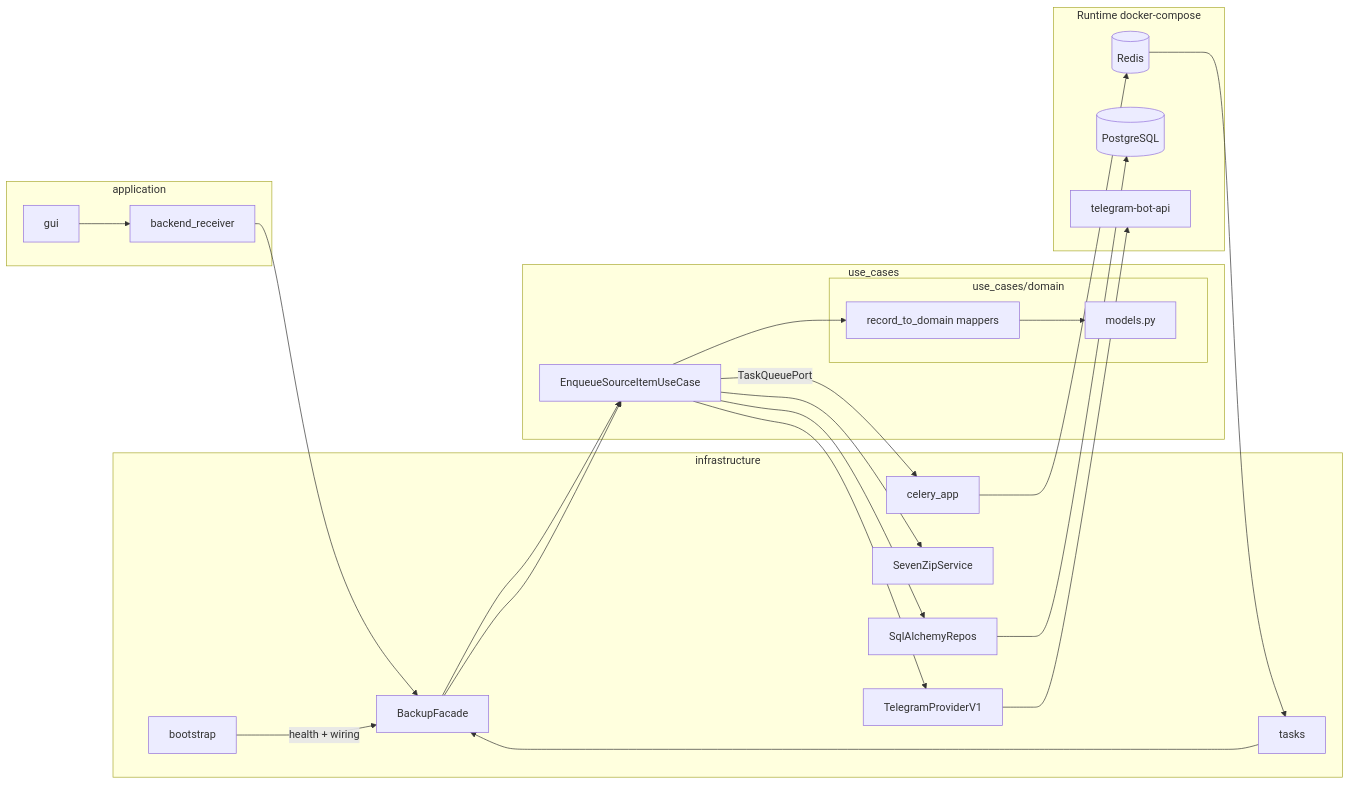
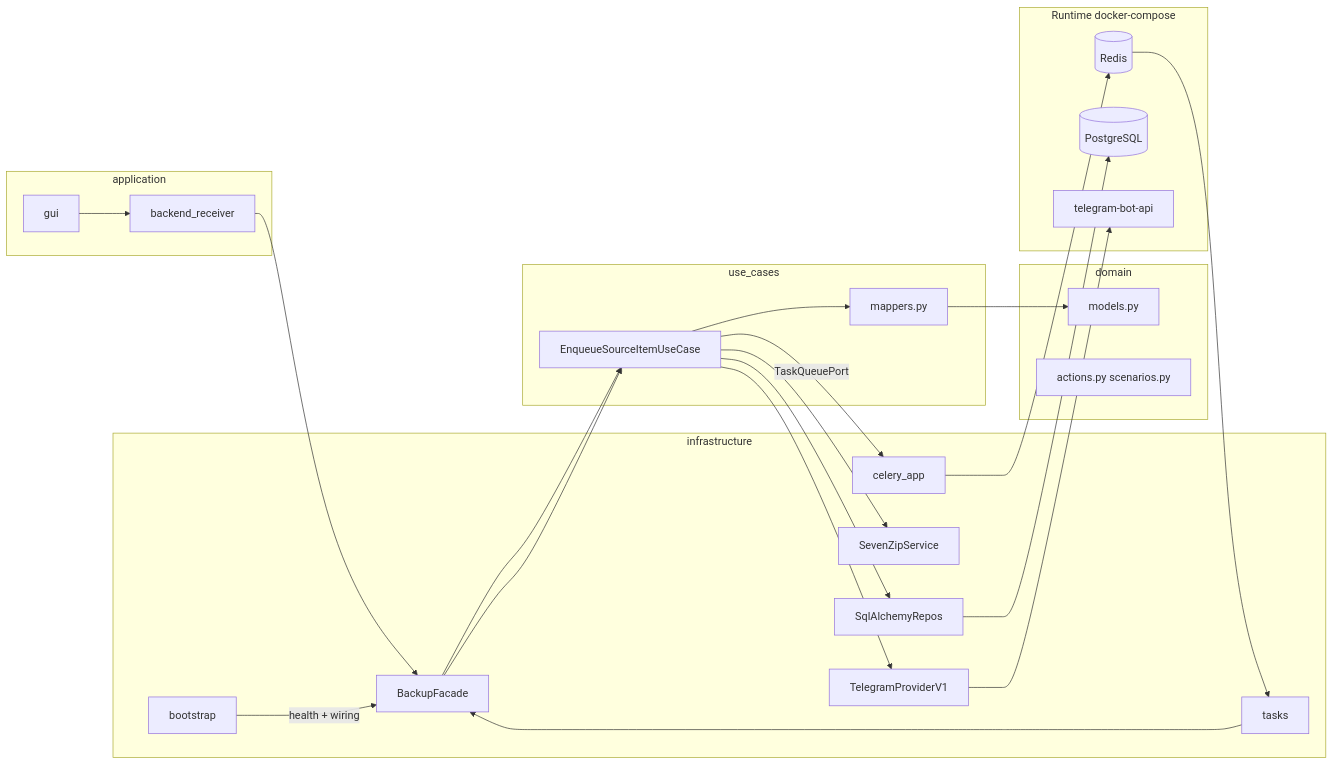
Before and after one commit to RomFuture/telegram-uploader: the second of 4 diagrams in docs/ONION_ARCHITECTURE.md, drawn with Mermaid. The commit also changed other lines of this file and 76 other files, not shown here.

````diff
--- a/docs/ONION_ARCHITECTURE.md
+++ b/docs/ONION_ARCHITECTURE.md
@@ -112,45 +112,46 @@
 ```mermaid
 flowchart LR
   subgraph application_layer [application]
     GUI[gui]
     Receiver[backend_receiver]
   end
   subgraph infra_layer [infrastructure]
     Bootstrap[bootstrap]
     Facade[BackupFacade]
     CeleryApp[celery_app]
     Tasks[tasks]
     Zip[SevenZipService]
     DB[SqlAlchemyRepos]
     TG[TelegramProviderV1]
   end
+  subgraph domain_layer [domain]
+    Models[models.py]
+    Actions[actions.py scenarios.py]
+  end
   subgraph use_cases_layer [use_cases]
     UC[EnqueueSourceItemUseCase]
-    subgraph uc_domain [use_cases/domain]
-      Models[models.py]
-      Mappers[record_to_domain mappers]
-    end
+    Mappers[mappers.py]
     UC --> Mappers
     Mappers --> Models
   end
   subgraph runtime [Runtime docker-compose]
     Redis[(Redis)]
     Postgres[(PostgreSQL)]
     BotAPI[telegram-bot-api]
   end
 
   GUI --> Receiver
   Receiver --> Facade
   Facade --> UC
   UC -->|"TaskQueuePort"| CeleryApp
   CeleryApp --> Redis
   Redis --> Tasks
   Tasks --> Facade
   Facade --> UC
   UC --> Zip
   UC --> DB
   UC --> TG
   DB --> Postgres
   TG --> BotAPI
   Bootstrap -->|"health + wiring"| Facade
 ```
````
